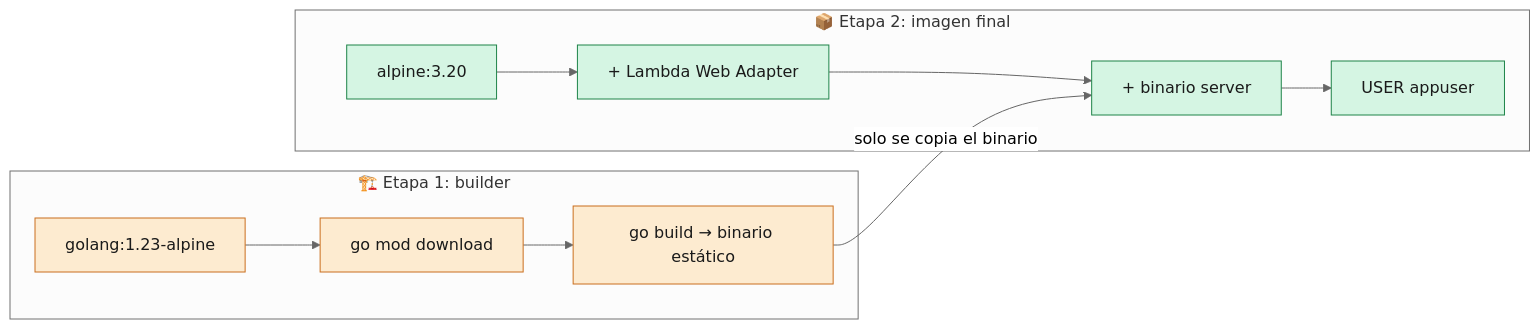
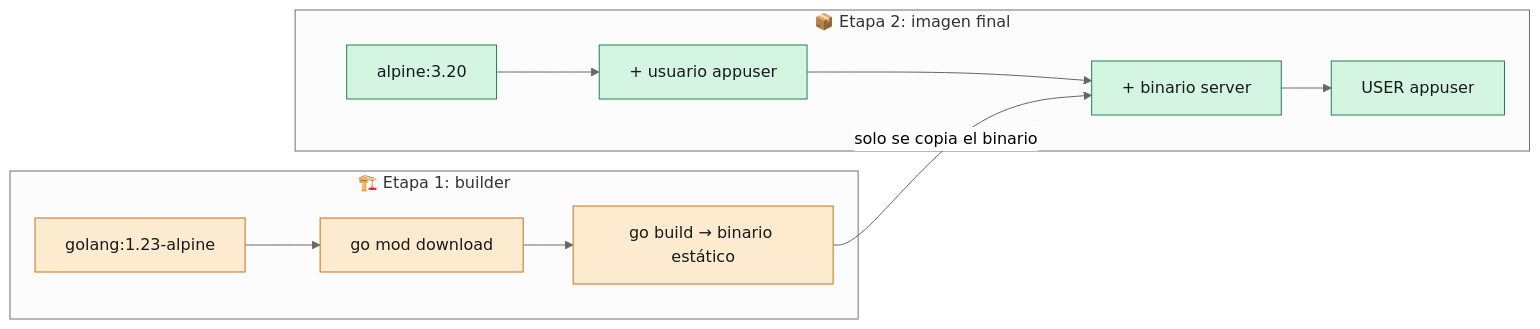
One commit to yembertQC/Reto_Platform-Enginner_ED-Team changed the third of 3 diagrams in doc/03-Aplicaciones.md. Above: the diagram before and after it, drawn with Mermaid (neutral theme). The commit also changed other lines of this file and 28 other files, not shown here.

````diff
--- a/doc/03-Aplicaciones.md
+++ b/doc/03-Aplicaciones.md
@@ -143,15 +160,15 @@
 ```mermaid
 flowchart LR
     subgraph B["🏗️ Etapa 1: builder"]
         G1["golang:1.23-alpine"] --> G2["go mod download"] --> G3["go build → binario estático"]
     end
     subgraph F["📦 Etapa 2: imagen final"]
-        A1["alpine:3.20"] --> A2["+ Lambda Web Adapter"] --> A3["+ binario server"] --> A4["USER appuser"]
+        A1["alpine:3.20"] --> A2["+ usuario appuser"] --> A3["+ binario server"] --> A4["USER appuser"]
     end
     G3 -->|"solo se copia el binario"| A3
 
     classDef b fill:#FDEBD0,stroke:#CA6F1E,color:#1a1a1a
     classDef f fill:#D5F5E3,stroke:#1E8449,color:#1a1a1a
     class G1,G2,G3 b
     class A1,A2,A3,A4 f
 ```
````
